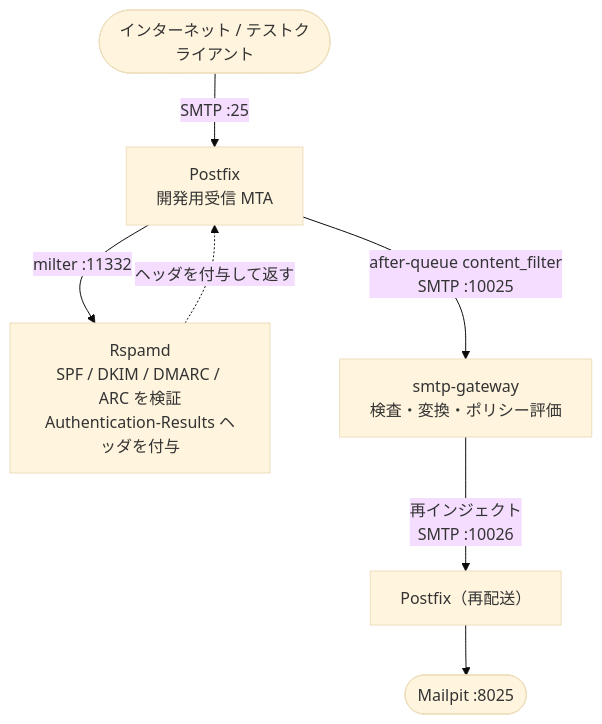
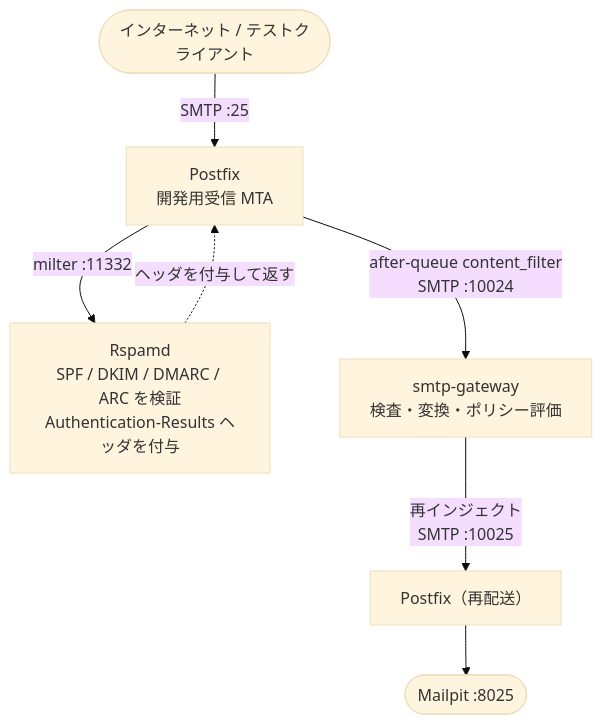
One commit to yumekui08/mailshield changed the diagram in docs/setup/mta-docker.md. Above: the diagram before and after it, drawn with Mermaid (base theme). The commit also changed other lines of this file and 22 other files, not shown here.

````diff
--- a/docs/setup/mta-docker.md
+++ b/docs/setup/mta-docker.md
@@ -14,12 +14,12 @@
 ```mermaid
 flowchart TD
     Client([インターネット / テストクライアント]) -->|"SMTP :25"| Postfix["Postfix\n開発用受信 MTA"]
 
     Postfix -->|"milter :11332"| Rspamd["Rspamd\nSPF / DKIM / DMARC / ARC を検証\nAuthentication-Results ヘッダを付与"]
     Rspamd -.->|ヘッダを付与して返す| Postfix
 
-    Postfix -->|"after-queue content_filter\nSMTP :10025"| GW["smtp-gateway\n検査・変換・ポリシー評価"]
+    Postfix -->|"after-queue content_filter\nSMTP :10024"| GW["smtp-gateway\n検査・変換・ポリシー評価"]
 
-    GW -->|"再インジェクト\nSMTP :10026"| Postfix2["Postfix（再配送）"]
+    GW -->|"再インジェクト\nSMTP :10025"| Postfix2["Postfix（再配送）"]
     Postfix2 --> Mailpit(["Mailpit :8025"])
 ```
````
